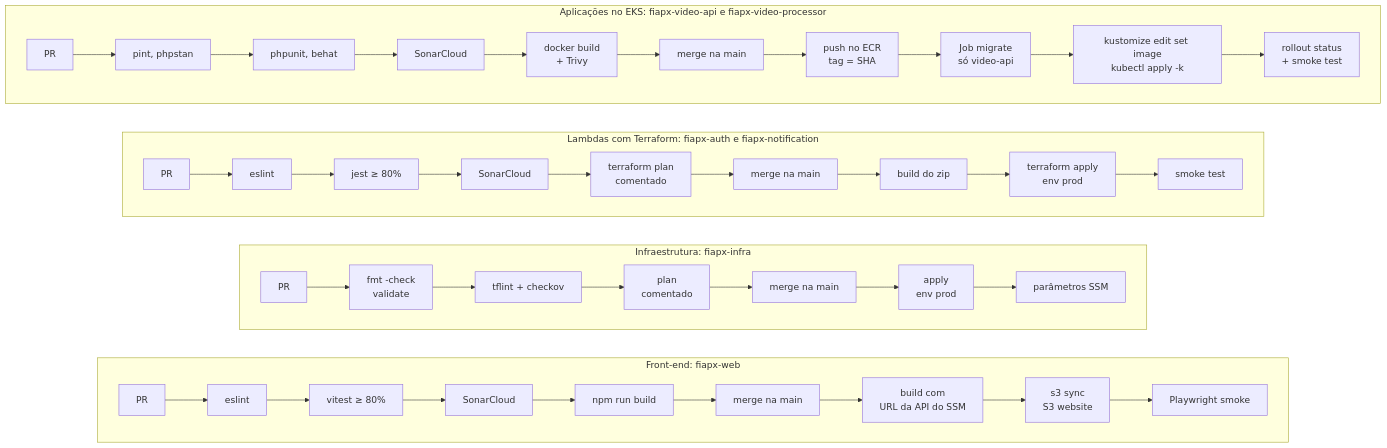
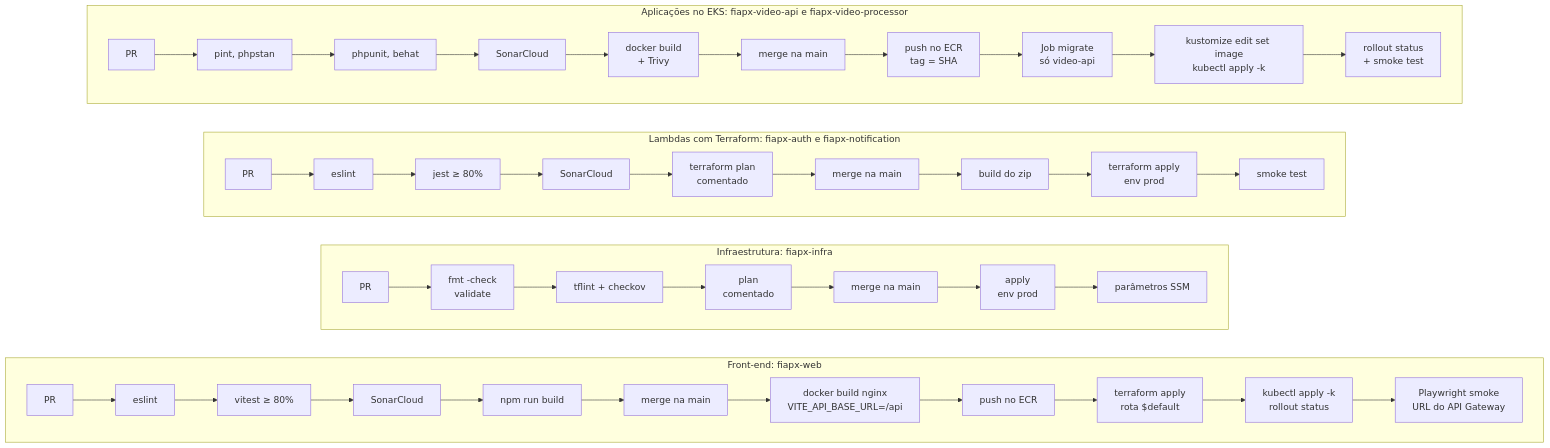
Before and after one commit to hackathon-fiap-soat/fiapx-docs: the first of 2 diagrams in 06-deploy/fluxo-de-deploy.md, drawn with Mermaid. The commit also changed other lines of this file and 35 other files, not shown here.

````diff
--- a/06-deploy/fluxo-de-deploy.md
+++ b/06-deploy/fluxo-de-deploy.md
@@ -40,20 +40,20 @@
 ```mermaid
 flowchart TB
   subgraph EKS["Aplicações no EKS: fiapx-video-api e fiapx-video-processor"]
     direction LR
     E1["PR"] --> E2["pint, phpstan"] --> E3["phpunit, behat"] --> E4["SonarCloud"] --> E5["docker build<br/>+ Trivy"] --> E6["merge na main"] --> E7["push no ECR<br/>tag = SHA"] --> E8["Job migrate<br/>só video-api"] --> E9["kustomize edit set image<br/>kubectl apply -k"] --> E10["rollout status<br/>+ smoke test"]
   end
   subgraph LAMBDA["Lambdas com Terraform: fiapx-auth e fiapx-notification"]
     direction LR
     L1["PR"] --> L2["eslint"] --> L3["jest ≥ 80%"] --> L4["SonarCloud"] --> L5["terraform plan<br/>comentado"] --> L6["merge na main"] --> L7["build do zip"] --> L8["terraform apply<br/>env prod"] --> L9["smoke test"]
   end
   subgraph INFRA["Infraestrutura: fiapx-infra"]
     direction LR
     I1["PR"] --> I2["fmt -check<br/>validate"] --> I3["tflint + checkov"] --> I4["plan<br/>comentado"] --> I5["merge na main"] --> I6["apply<br/>env prod"] --> I7["parâmetros SSM"]
   end
   subgraph WEB["Front-end: fiapx-web"]
     direction LR
-    W1["PR"] --> W2["eslint"] --> W3["vitest ≥ 80%"] --> W4["SonarCloud"] --> W5["npm run build"] --> W6["merge na main"] --> W7["build com<br/>URL da API do SSM"] --> W8["s3 sync<br/>S3 website"] --> W9["Playwright smoke"]
+    W1["PR"] --> W2["eslint"] --> W3["vitest ≥ 80%"] --> W4["SonarCloud"] --> W5["npm run build"] --> W6["merge na main"] --> W7["docker build nginx<br/>VITE_API_BASE_URL=/api"] --> W8["push no ECR"] --> W9["terraform apply<br/>rota $default"] --> W10["kubectl apply -k<br/>rollout status"] --> W11["Playwright smoke<br/>URL do API Gateway"]
   end
   EKS ~~~ LAMBDA ~~~ INFRA ~~~ WEB
 ```
````
